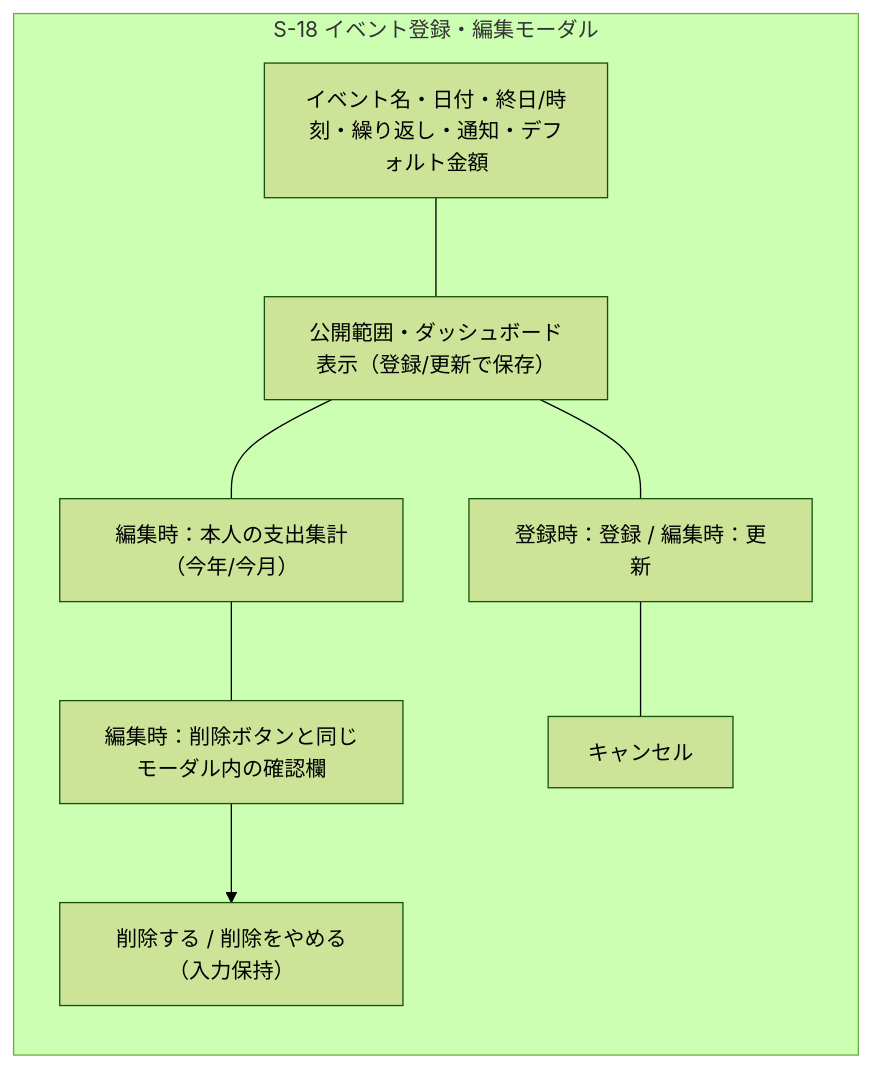
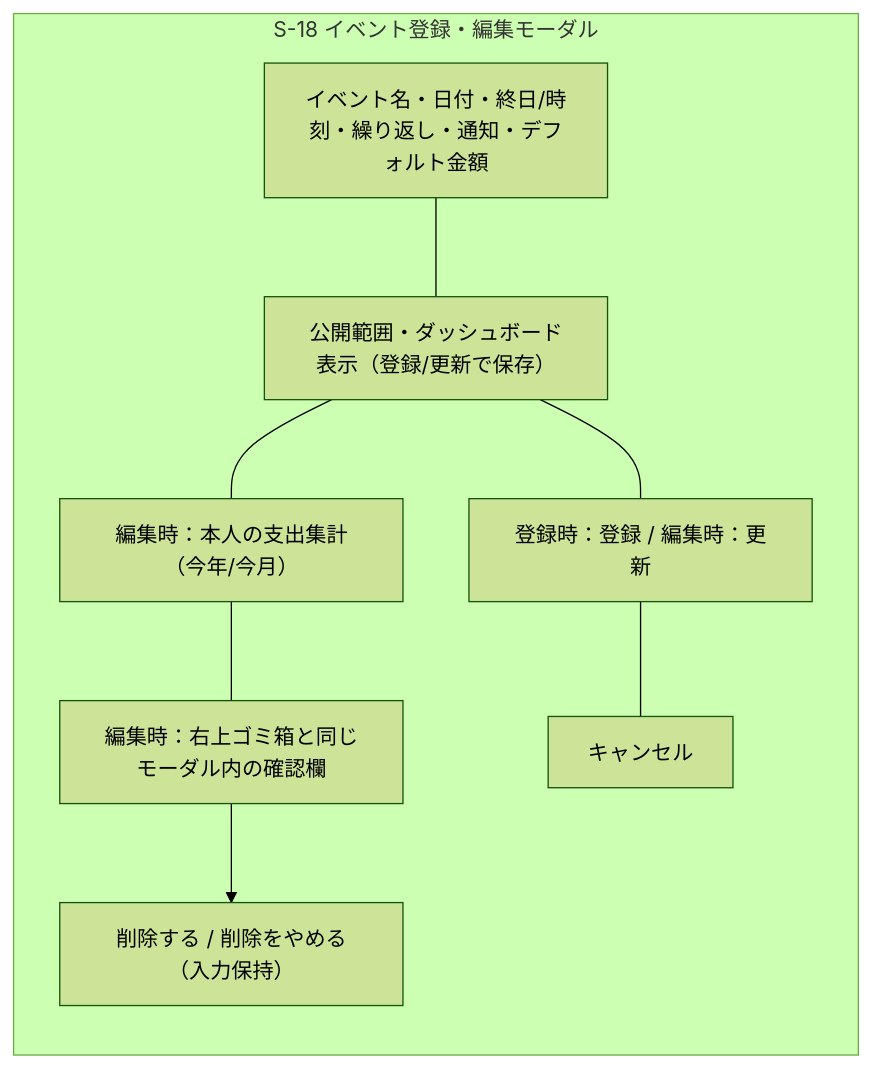
Diagram 13 of 15 in docs/details/wireframes.md (yamamotonaoki3/HomeLog), drawn with Mermaid (forest theme) before and after one commit. The commit also changed other lines of this file and 8 other files, not shown here.

````diff
--- a/docs/details/wireframes.md
+++ b/docs/details/wireframes.md
@@ -911,16 +925,16 @@
 ```mermaid
 flowchart TD
     subgraph Modal["S-18 イベント登録・編集モーダル"]
         direction TB
         Fields["イベント名・日付・終日/時刻・繰り返し・通知・デフォルト金額"]
         Visibility["公開範囲・ダッシュボード表示（登録/更新で保存）"]
         Summary["編集時：本人の支出集計（今年/今月）"]
-        Delete["編集時：削除ボタンと同じモーダル内の確認欄"]
+        Delete["編集時：右上ゴミ箱と同じモーダル内の確認欄"]
         Confirm["削除する / 削除をやめる（入力保持）"]
         Save["登録時：登録 / 編集時：更新"]
         Cancel["キャンセル"]
         Fields --- Visibility --- Summary --- Delete
         Delete --> Confirm
         Visibility --- Save --- Cancel
     end
 ```
````
